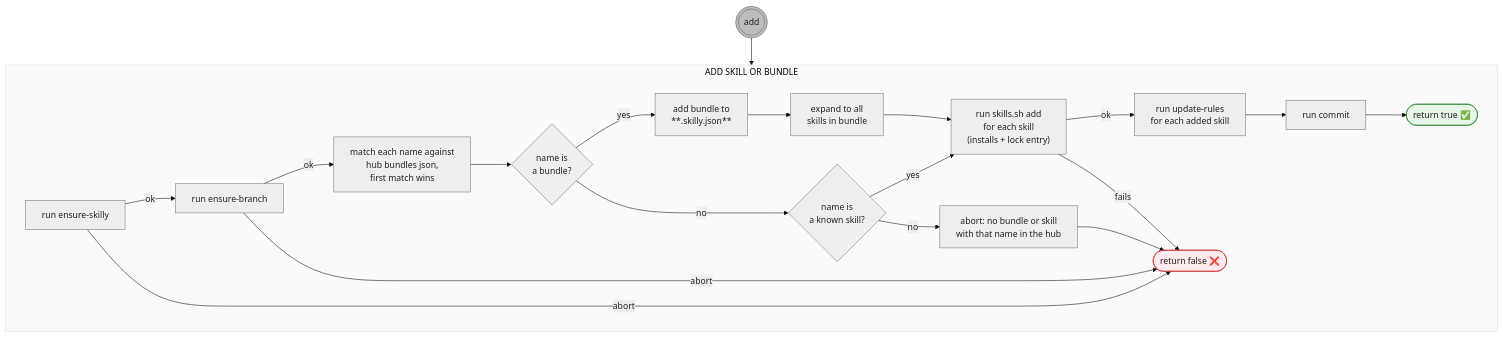
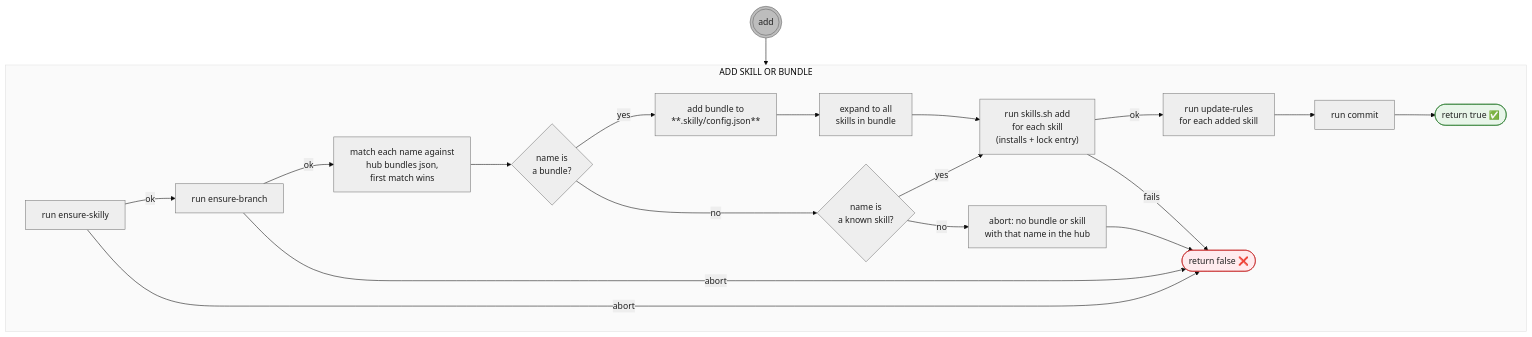
One commit to timschoch/skilly changed the diagram in docs/add.mmd. Above: the diagram before and after it, drawn with Mermaid. The commit also changed 59 other files, not shown here.

```diff
--- a/docs/add.mmd
+++ b/docs/add.mmd
@@ -1,54 +1,54 @@
 ---
 config:
   theme: base
   themeVariables:
     primaryColor: "#eeeeee"
     primaryBorderColor: "#757575"
     primaryTextColor: "#212121"
     clusterBkg: "#fafafa"
     clusterBorder: "#e0e0e0"
 ---
 flowchart TD
     %% shapes: ((( ))) entry point · [/ \] user action (blue) · [ ] script action (gray) · { } decision (amber) · ([ ]) state (green)
 
     ENTER-ADD((("add"))) --> ADD
     subgraph ADD["ADD SKILL OR BUNDLE"]
         ADD-GUARD["run ensure-skilly"]
             ADD-GUARD -->|ok| ADD-EB
             ADD-GUARD -->|abort| ADD-FALSE
 
         ADD-EB["run ensure-branch"]
             ADD-EB -->|ok| ADD-MATCH
             ADD-EB -->|abort| ADD-FALSE
 
         ADD-MATCH["match each name against<br>hub bundles json,<br>first match wins"] --> ADDQ2
 
             ADDQ2{"name is<br>a bundle?"}
-                ADDQ2 -->|yes| ADD-BUNDLE["add bundle to<br>**.skilly.json**"]
+                ADDQ2 -->|yes| ADD-BUNDLE["add bundle to<br>**.skilly/config.json**"]
                     ADD-BUNDLE --> ADD-EXPAND["expand to all<br>skills in bundle"] --> ADD-INSTALL
                 ADDQ2 -->|no| ADDQ3
 
             ADDQ3{"name is<br>a known skill?"}
                 ADDQ3 -->|yes| ADD-INSTALL
                 ADDQ3 -->|no| ADD-ABORT-UNKNOWN
 
         ADD-INSTALL["run skills.sh add<br>for each skill<br>(installs + lock entry)"]
             ADD-INSTALL -->|ok| ADD-RULES["run update-rules<br>for each added skill"] --> ADD-COMMIT["run commit"] --> ADD-TRUE
             ADD-INSTALL -->|fails| ADD-FALSE
 
         ADD-TRUE(["return true ✅"])
         ADD-ABORT-UNKNOWN["abort: no bundle or skill<br>with that name in the hub"] --> ADD-FALSE
         ADD-FALSE(["return false ❌"])
     end
 
 
     %% ADDQ1/ADDQ2/ADDQ3/ADDQ4 are script checks -> default gray, not amber
 
     classDef entry fill:#bdbdbd,stroke:#616161
     class ENTER-ADD entry
 
     classDef ok fill:#e8f5e9,stroke:#2e7d32
     class ADD-TRUE ok
 
     classDef fail fill:#ffebee,stroke:#c62828
     class ADD-FALSE fail
```
